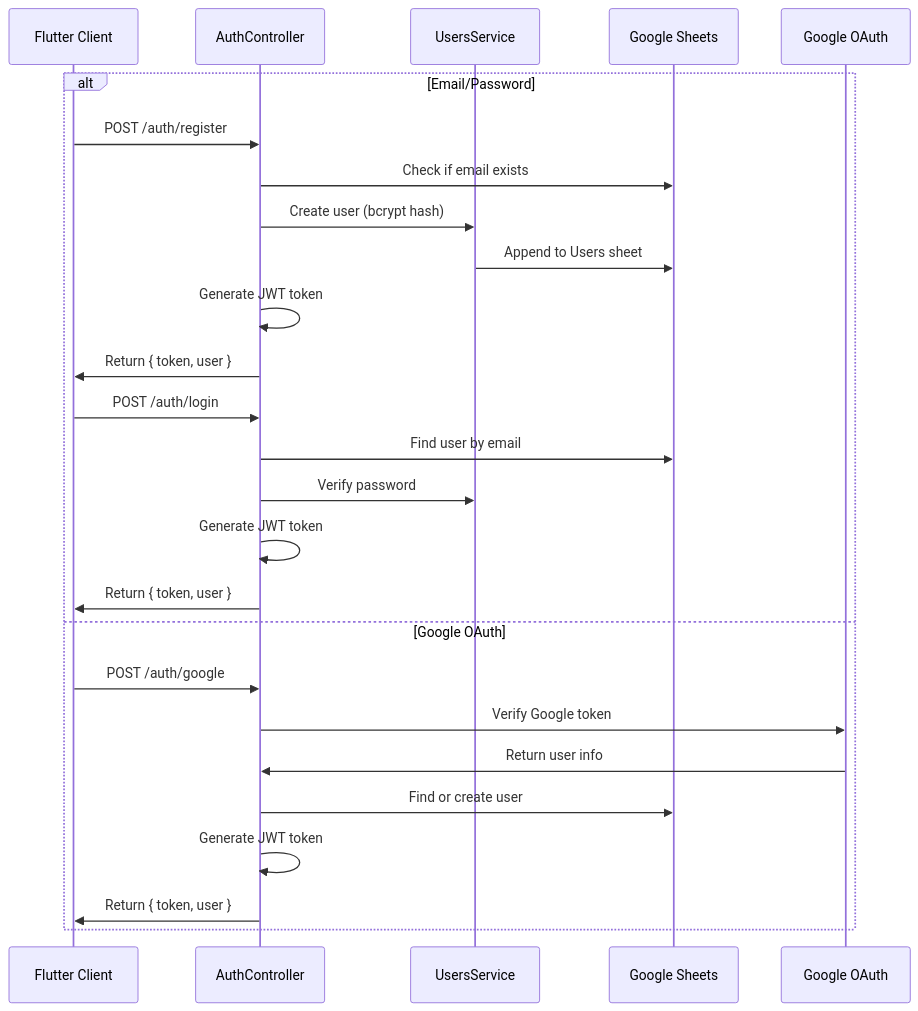
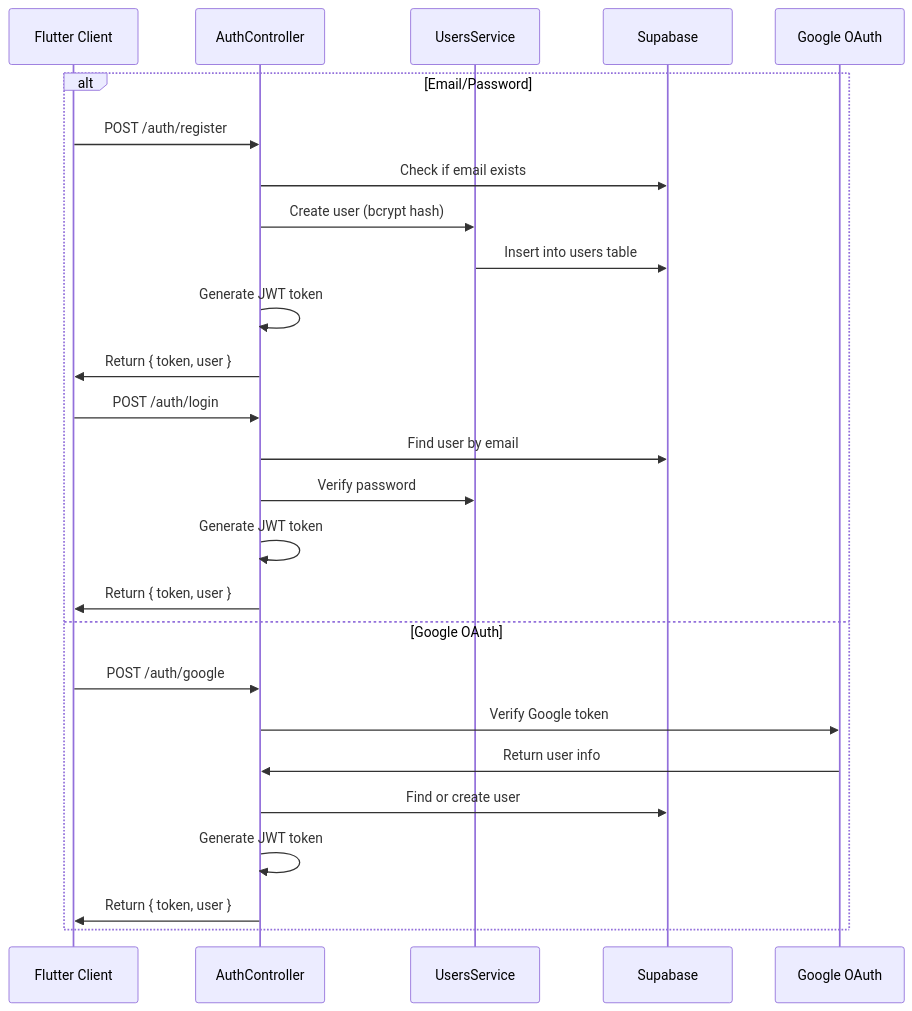
The first of 5 diagrams in README.md (mvadly/api-mvchat), drawn with Mermaid before and after one commit. The commit also changed other lines of this file and 2 other files, not shown here.

````diff
--- a/README.md
+++ b/README.md
@@ -138,29 +134,29 @@
 ```mermaid
 sequenceDiagram
     participant F as Flutter Client
     participant A as AuthController
     participant U as UsersService
-    participant S as Google Sheets
+    participant S as Supabase
     participant G as Google OAuth
 
     alt Email/Password
         F->>A: POST /auth/register
         A->>S: Check if email exists
         A->>U: Create user (bcrypt hash)
-        U->>S: Append to Users sheet
+        U->>S: Insert into users table
         A->>A: Generate JWT token
         A->>F: Return { token, user }
         F->>A: POST /auth/login
         A->>S: Find user by email
         A->>U: Verify password
         A->>A: Generate JWT token
         A->>F: Return { token, user }
     else Google OAuth
         F->>A: POST /auth/google
         A->>G: Verify Google token
         G->>A: Return user info
         A->>S: Find or create user
         A->>A: Generate JWT token
         A->>F: Return { token, user }
     end
 ```
````
